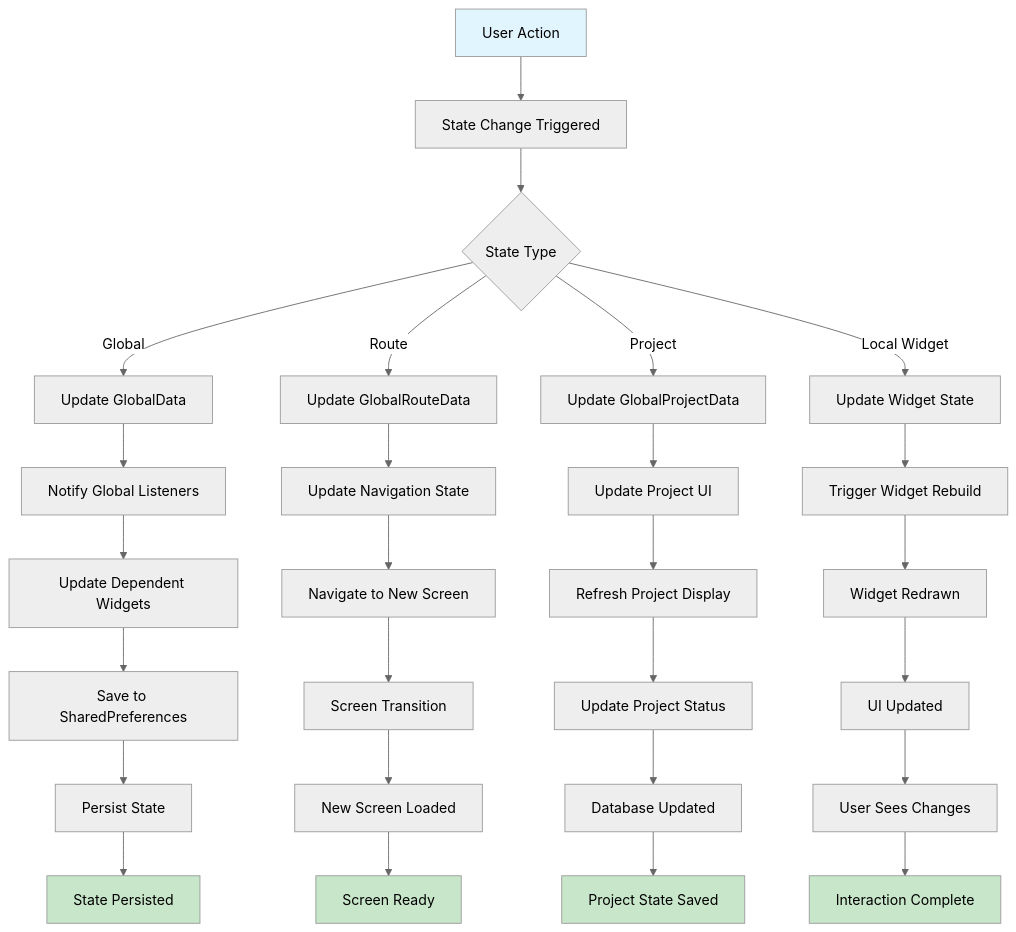
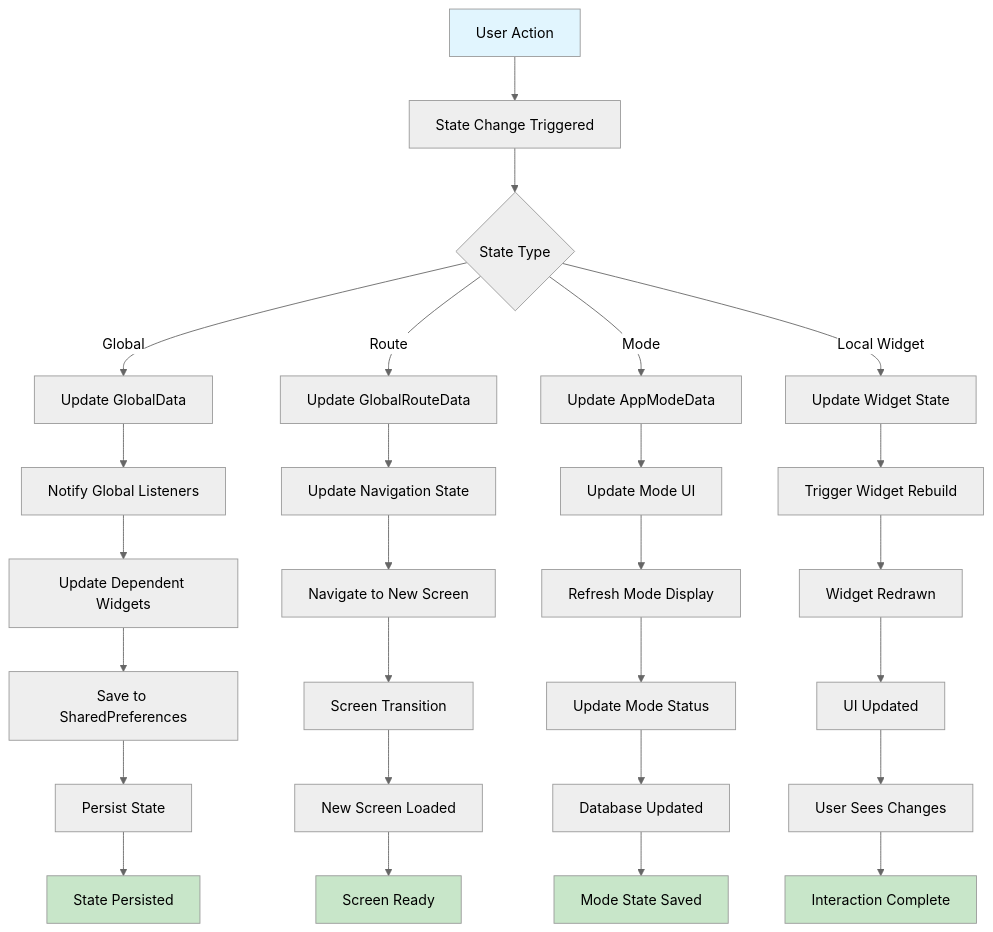
One commit to ActivitySpaceLab/gauteng-wellbeing-mapper-app changed the ninth of 10 diagrams in docs/FLOW_CHARTS.md. Above: the diagram before and after it, drawn with Mermaid (neutral theme). The commit also changed other lines of this file and 5 other files, not shown here.

````diff
--- a/docs/FLOW_CHARTS.md
+++ b/docs/FLOW_CHARTS.md
@@ -389,40 +371,40 @@
 ```mermaid
 flowchart TD
     A[User Action] --> B[State Change Triggered]
     B --> C{State Type}
     C -->|Global| D[Update GlobalData]
     C -->|Route| E[Update GlobalRouteData]
-    C -->|Project| F[Update GlobalProjectData]
+    C -->|Mode| F[Update AppModeData]
     C -->|Local Widget| G[Update Widget State]
     
     D --> H[Notify Global Listeners]
     E --> I[Update Navigation State]
-    F --> J[Update Project UI]
+    F --> J[Update Mode UI]
     G --> K[Trigger Widget Rebuild]
     
     H --> L[Update Dependent Widgets]
     I --> M[Navigate to New Screen]
-    J --> N[Refresh Project Display]
+    J --> N[Refresh Mode Display]
     K --> O[Widget Redrawn]
     
     L --> P[Save to SharedPreferences]
     M --> Q[Screen Transition]
-    N --> R[Update Project Status]
+    N --> R[Update Mode Status]
     O --> S[UI Updated]
     
     P --> T[Persist State]
     Q --> U[New Screen Loaded]
     R --> V[Database Updated]
     S --> W[User Sees Changes]
     
     T --> X[State Persisted]
     U --> Y[Screen Ready]
-    V --> Z[Project State Saved]
+    V --> Z[Mode State Saved]
     W --> AA[Interaction Complete]
     
     style A fill:#e1f5fe
     style X fill:#c8e6c9
     style Y fill:#c8e6c9
     style Z fill:#c8e6c9
     style AA fill:#c8e6c9
 ```
````
